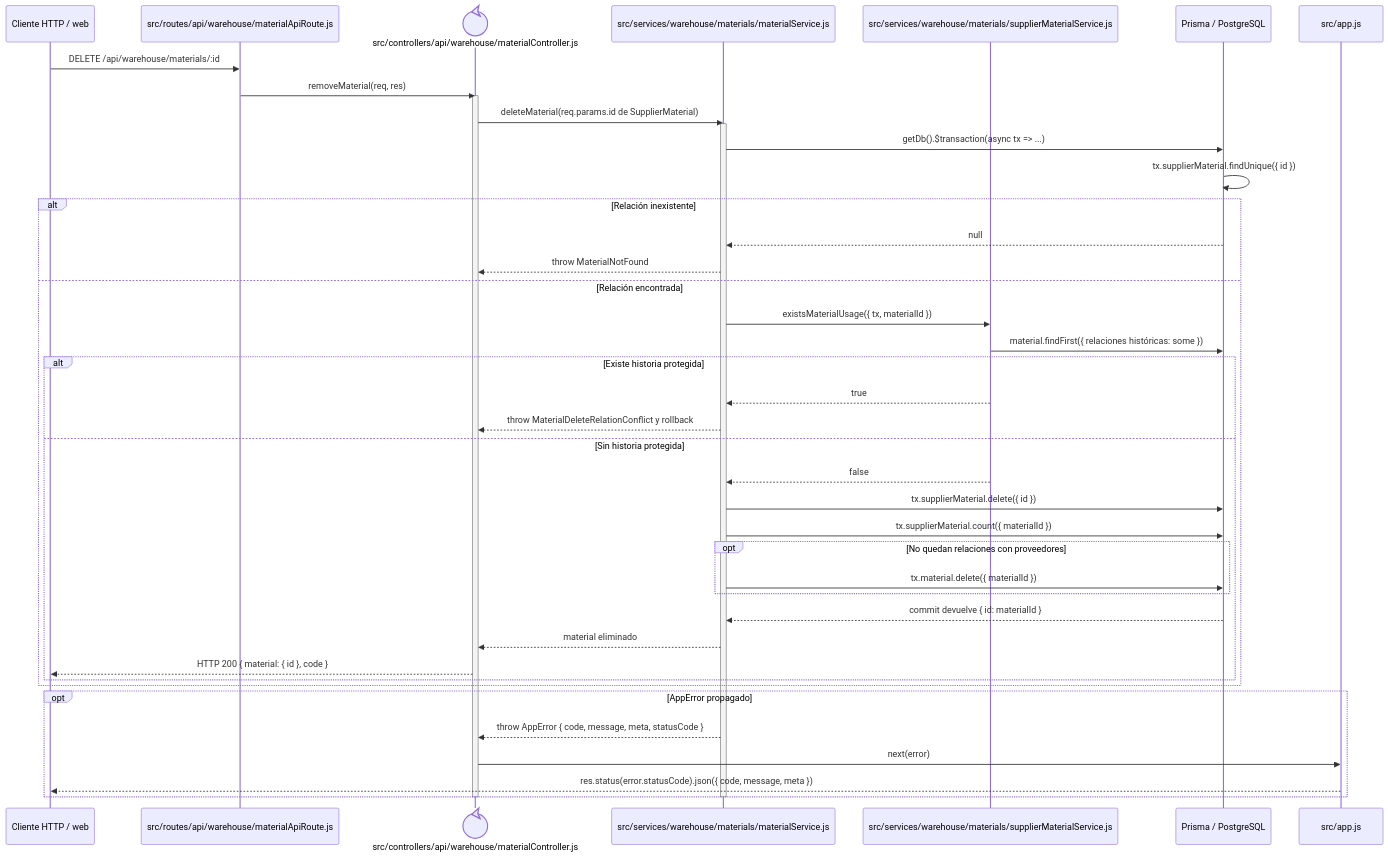
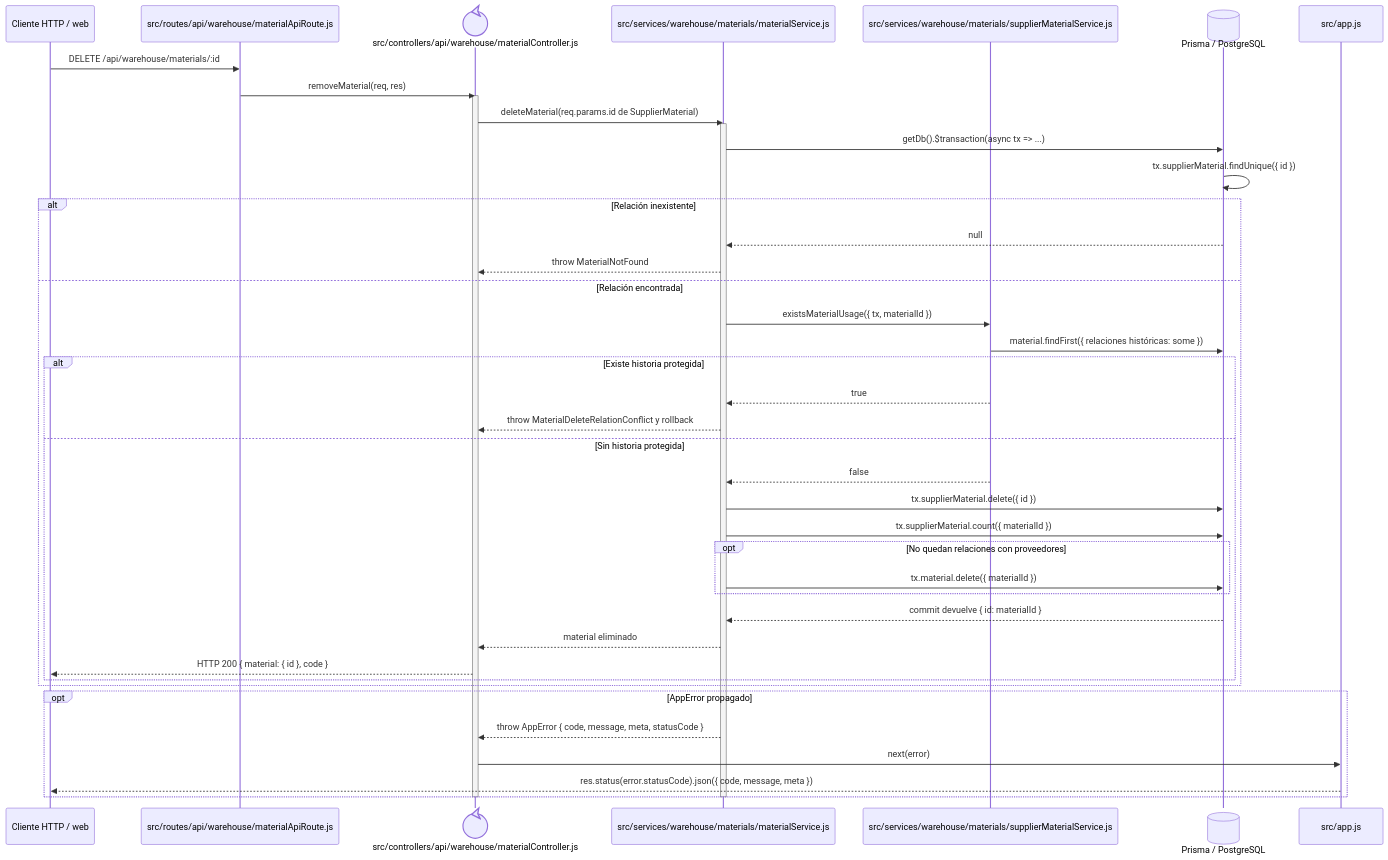
Before and after one commit to gpgsistemas01/nexus: the diagram in docs/architecture/backend-code-sequences/catalogs/cu-alm-04.md, drawn with Mermaid. The commit also changed 105 other files, not shown here.

````diff
--- a/docs/architecture/backend-code-sequences/catalogs/cu-alm-04.md
+++ b/docs/architecture/backend-code-sequences/catalogs/cu-alm-04.md
@@ -6,46 +6,46 @@
 ```mermaid
 sequenceDiagram
     participant Client as Cliente HTTP / web
     participant Route as src/routes/api/warehouse/materialApiRoute.js
     participant Controller@{ "type": "control" } as src/controllers/api/warehouse/materialController.js
     participant Domain as src/services/warehouse/materials/materialService.js
     participant Usage as src/services/warehouse/materials/supplierMaterialService.js
-    participant Prisma as Prisma / PostgreSQL
+    participant Prisma@{ "type": "database" } as Prisma / PostgreSQL
     participant ErrorHandler as src/app.js
 
     Client->>Route: DELETE /api/warehouse/materials/:id
     Route->>Controller: removeMaterial(req, res)
     activate Controller
     Controller->>Domain: deleteMaterial(req.params.id de SupplierMaterial)
     activate Domain
     Domain->>Prisma: getDb().$transaction(async tx => ...)
     Prisma->>Prisma: tx.supplierMaterial.findUnique({ id })
     alt Relación inexistente
         Prisma-->>Domain: null
         Domain-->>Controller: throw MaterialNotFound
     else Relación encontrada
         Domain->>Usage: existsMaterialUsage({ tx, materialId })
         Usage->>Prisma: material.findFirst({ relaciones históricas: some })
         alt Existe historia protegida
             Usage-->>Domain: true
             Domain-->>Controller: throw MaterialDeleteRelationConflict y rollback
         else Sin historia protegida
             Usage-->>Domain: false
             Domain->>Prisma: tx.supplierMaterial.delete({ id })
             Domain->>Prisma: tx.supplierMaterial.count({ materialId })
             opt No quedan relaciones con proveedores
                 Domain->>Prisma: tx.material.delete({ materialId })
             end
             Prisma-->>Domain: commit devuelve { id: materialId }
             Domain-->>Controller: material eliminado
             Controller-->>Client: HTTP 200 { material: { id }, code }
         end
     end
     opt AppError propagado
         Domain-->>Controller: throw AppError { code, message, meta, statusCode }
         Controller->>ErrorHandler: next(error)
         ErrorHandler-->>Client: res.status(error.statusCode).json({ code, message, meta })
     end
     deactivate Domain
     deactivate Controller
 ```
````
